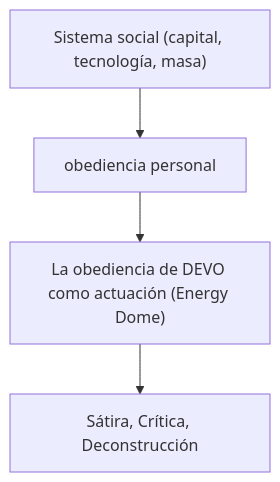
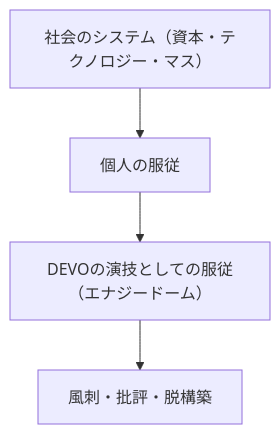
One commit to monumental-movement/monumental-movement.github.io changed the first of 2 diagrams in es/_posts/2025-10-28-column-devo-energy-dome.md. Above: the diagram before and after it, drawn with Mermaid. The commit also changed other lines of this file and 299 other files, not shown here.

```diff
--- a/es/_posts/2025-10-28-column-devo-energy-dome.md
+++ b/es/_posts/2025-10-28-column-devo-energy-dome.md
@@ -117,12 +117,12 @@
 <div class="mermaid">
 
 graph TD
-  A["Sistema social (capital, tecnología, masa)"]
-  B["obediencia personal"]
-  C["La obediencia de DEVO como actuación (Energy Dome)"]
-  D["Sátira, Crítica, Deconstrucción"]
+  A["社会のシステム（資本・テクノロジー・マス）"]
+  B["個人の服従"]
+  C["DEVOの演技としての服従（エナジードーム）"]
+  D["風刺・批評・脱構築"]
   A --> B
   B --> C
   C --> D
 
 </div>
```
